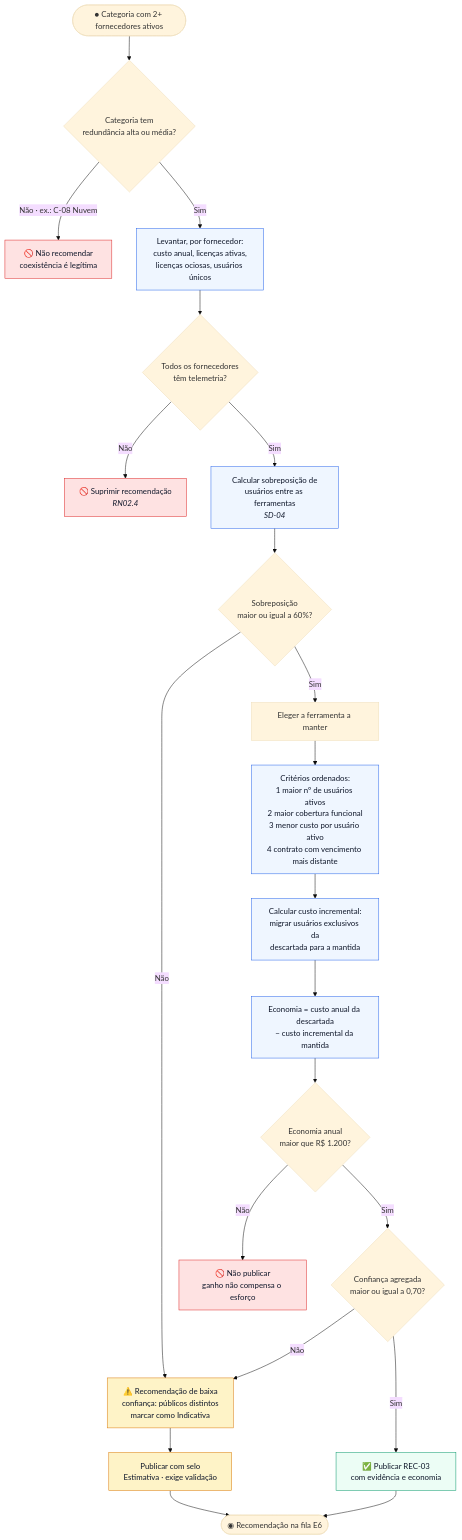
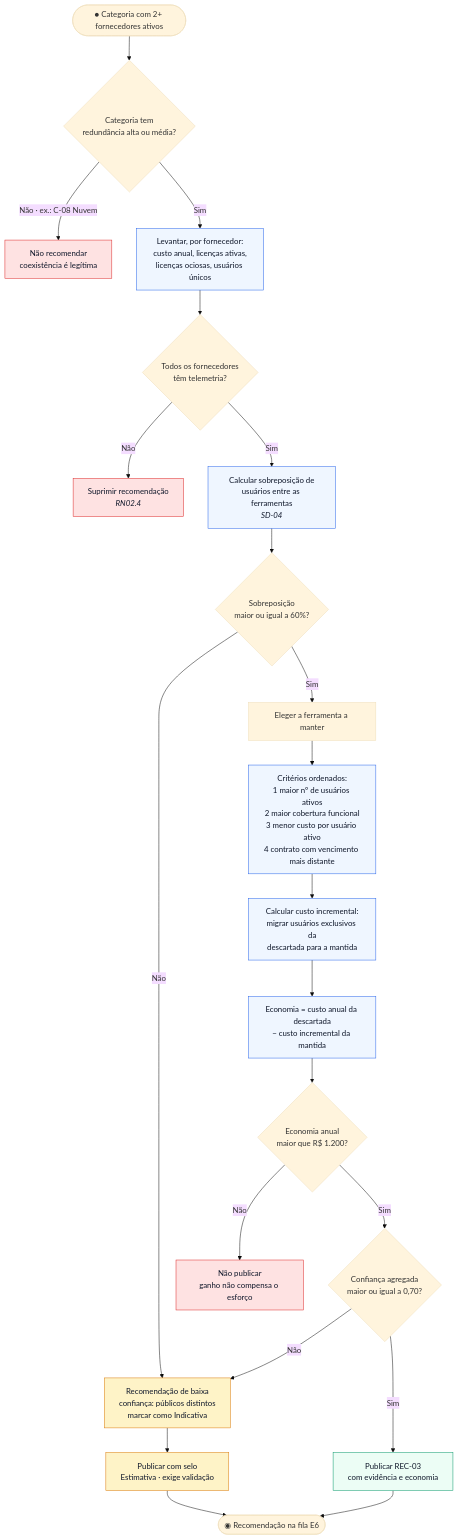
One commit to ES-2026-2/PS changed the fourth of 5 diagrams in semana-04/entregavel-01-fluxogramas-motor-ia-algoritmo-consolidacao.md. Above: the diagram before and after it, drawn with Mermaid (base theme). The commit also changed other lines of this file and 24 other files, not shown here.

````diff
--- a/semana-04/entregavel-01-fluxogramas-motor-ia-algoritmo-consolidacao.md
+++ b/semana-04/entregavel-01-fluxogramas-motor-ia-algoritmo-consolidacao.md
@@ -224,38 +224,38 @@
 ```mermaid
 flowchart TD
     A(["● Categoria com 2+ fornecedores ativos"]) --> B{"Categoria tem<br/>redundância alta ou média?"}
-    B -->|"Não · ex.: C-08 Nuvem"| Z1["🚫 Não recomendar<br/>coexistência é legítima"]
+    B -->|"Não · ex.: C-08 Nuvem"| Z1["Não recomendar<br/>coexistência é legítima"]
     B -->|"Sim"| C["Levantar, por fornecedor:<br/>custo anual, licenças ativas,<br/>licenças ociosas, usuários únicos"]
 
     C --> D{"Todos os fornecedores<br/>têm telemetria?"}
-    D -->|"Não"| Z2["🚫 Suprimir recomendação<br/><i>RN02.4</i>"]
+    D -->|"Não"| Z2["Suprimir recomendação<br/><i>RN02.4</i>"]
     D -->|"Sim"| E["Calcular sobreposição de<br/>usuários entre as ferramentas<br/><i>SD-04</i>"]
 
     E --> F{"Sobreposição<br/>maior ou igual a 60%?"}
-    F -->|"Não"| G["⚠️ Recomendação de baixa<br/>confiança: públicos distintos<br/>marcar como Indicativa"]
+    F -->|"Não"| G["Recomendação de baixa<br/>confiança: públicos distintos<br/>marcar como Indicativa"]
     F -->|"Sim"| H["Eleger a ferramenta a manter"]
 
     H --> I["Critérios ordenados:<br/>1 maior nº de usuários ativos<br/>2 maior cobertura funcional<br/>3 menor custo por usuário ativo<br/>4 contrato com vencimento mais distante"]
 
     I --> J["Calcular custo incremental:<br/>migrar usuários exclusivos da<br/>descartada para a mantida"]
     J --> K["Economia = custo anual da descartada<br/>− custo incremental da mantida"]
 
     K --> L{"Economia anual<br/>maior que R$ 1.200?"}
-    L -->|"Não"| Z3["🚫 Não publicar<br/>ganho não compensa o esforço"]
+    L -->|"Não"| Z3["Não publicar<br/>ganho não compensa o esforço"]
     L -->|"Sim"| M{"Confiança agregada<br/>maior ou igual a 0,70?"}
     M -->|"Não"| G
-    M -->|"Sim"| N["✅ Publicar REC-03<br/>com evidência e economia"]
+    M -->|"Sim"| N["Publicar REC-03<br/>com evidência e economia"]
 
     G --> O["Publicar com selo<br/>Estimativa · exige validação"]
     N --> P(["◉ Recomendação na fila E6"])
     O --> P
 
     classDef bloq fill:#FEE2E2,stroke:#DC2626,color:#0F172A
     classDef ok fill:#ECFDF5,stroke:#059669,color:#0F172A
     classDef alerta fill:#FEF3C7,stroke:#D97706,color:#0F172A
     classDef sis fill:#EFF6FF,stroke:#2563EB,color:#0F172A
     class Z1,Z2,Z3 bloq
     class N ok
     class G,O alerta
     class C,E,I,J,K sis
 ```
````
